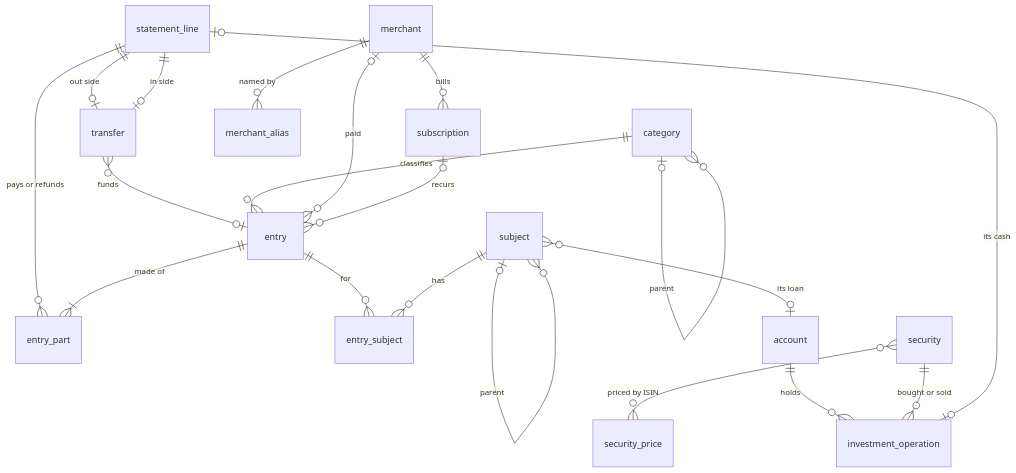
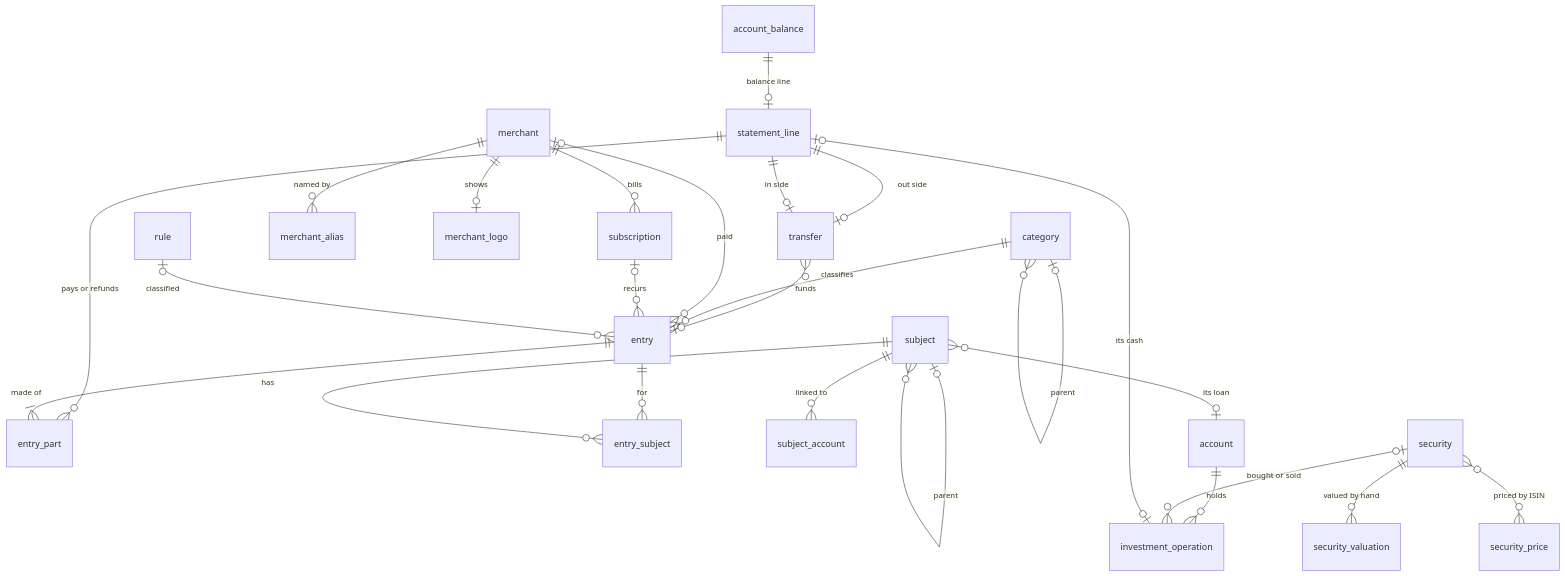
The second of 2 diagrams in docs/data-model.md (KristenJestin/gousset), drawn with Mermaid before and after one commit. The commit also changed other lines of this file, not shown here.

````diff
--- a/docs/data-model.md
+++ b/docs/data-model.md
@@ -256,22 +337,27 @@
 ```mermaid
 erDiagram
   statement_line ||--o{ entry_part : "pays or refunds"
   entry ||--|{ entry_part : "made of"
   statement_line ||--o| transfer : "out side"
   statement_line ||--o| transfer : "in side"
   transfer }o--o| entry : funds
+  account_balance ||--o| statement_line : "balance line"
   category |o--o{ category : parent
   category ||--o{ entry : classifies
   merchant |o--o{ entry : paid
   merchant ||--o{ merchant_alias : "named by"
+  merchant ||--o| merchant_logo : shows
   merchant ||--o{ subscription : bills
   subscription |o--o{ entry : recurs
+  rule |o--o{ entry : classified
   subject |o--o{ subject : parent
   entry ||--o{ entry_subject : "for"
   subject ||--o{ entry_subject : "has"
+  subject ||--o{ subject_account : "linked to"
   subject }o--o| account : "its loan"
   account ||--o{ investment_operation : holds
-  security ||--o{ investment_operation : "bought or sold"
+  security |o--o{ investment_operation : "bought or sold"
   statement_line |o--o| investment_operation : "its cash"
+  security ||--o{ security_valuation : "valued by hand"
   security }o--o{ security_price : "priced by ISIN"
 ```
````
